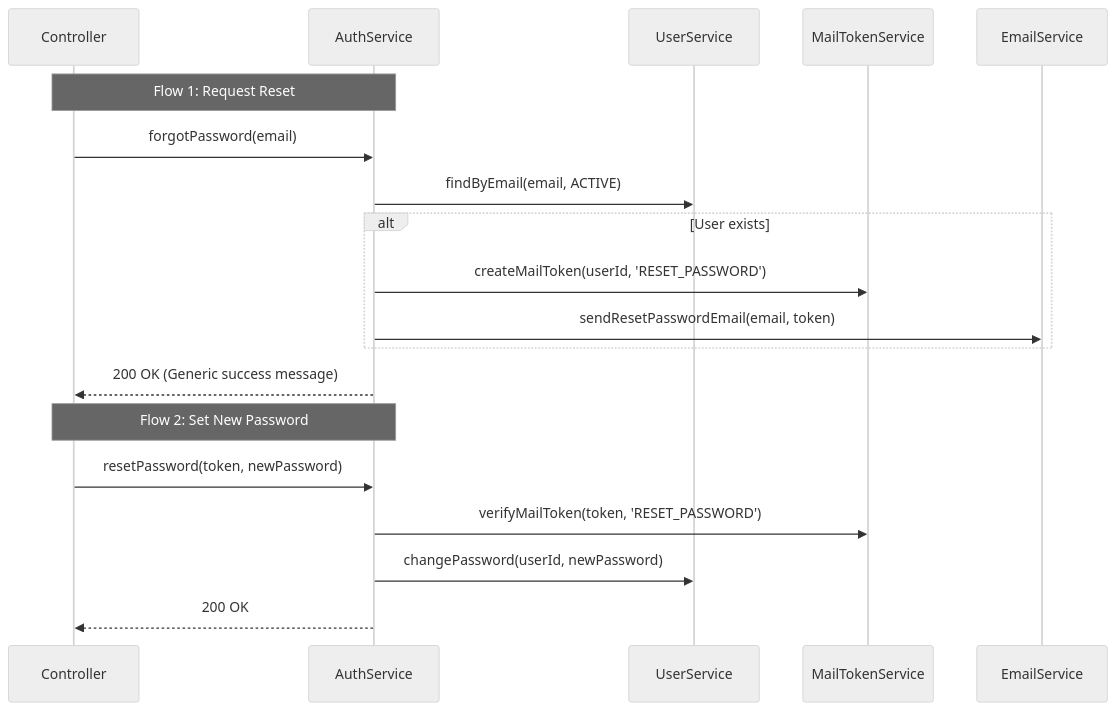
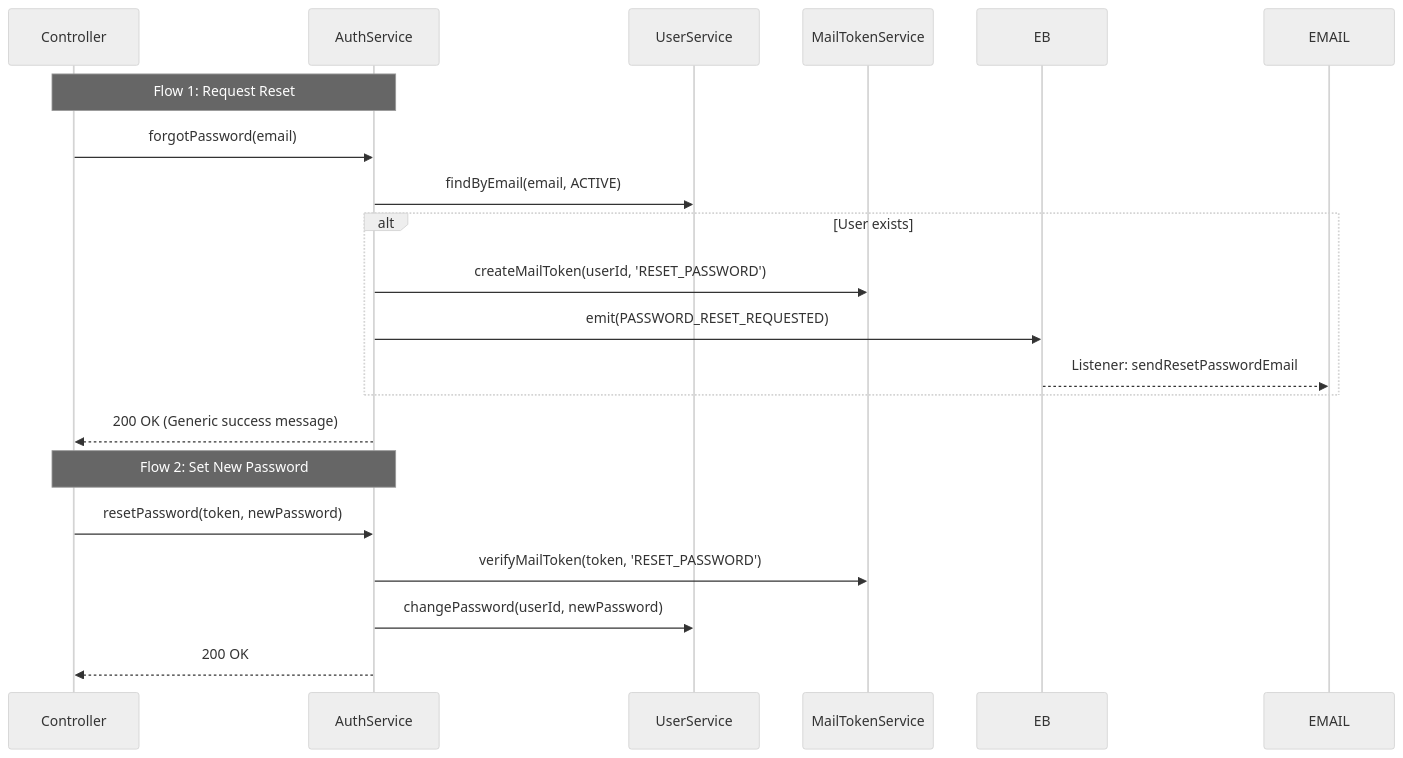
Before and after one commit to SangHynh/atomecom: the eighth of 8 diagrams in server/src/modules/auth/README.md, drawn with Mermaid (neutral theme). The commit also changed other lines of this file and 35 other files, not shown here.

First line of the commit message:
refactor: enhance project architecture, security, and error handling

````diff
--- a/server/src/modules/auth/README.md
+++ b/server/src/modules/auth/README.md
@@ -261,23 +264,23 @@
 ```mermaid
 sequenceDiagram
     participant C as Controller
     participant AS as AuthService
     participant US as UserService
     participant MTS as MailTokenService
-    participant EMAIL as EmailService
 
     Note over C, AS: Flow 1: Request Reset
     C->>AS: forgotPassword(email)
     AS->>US: findByEmail(email, ACTIVE)
     alt User exists
         AS->>MTS: createMailToken(userId, 'RESET_PASSWORD')
-        AS->>EMAIL: sendResetPasswordEmail(email, token)
+        AS->>EB: emit(PASSWORD_RESET_REQUESTED)
+        EB-->>EMAIL: Listener: sendResetPasswordEmail
     end
     AS-->>C: 200 OK (Generic success message)
 
     Note over C, AS: Flow 2: Set New Password
     C->>AS: resetPassword(token, newPassword)
     AS->>MTS: verifyMailToken(token, 'RESET_PASSWORD')
     AS->>US: changePassword(userId, newPassword)
     AS-->>C: 200 OK
 ```
````
